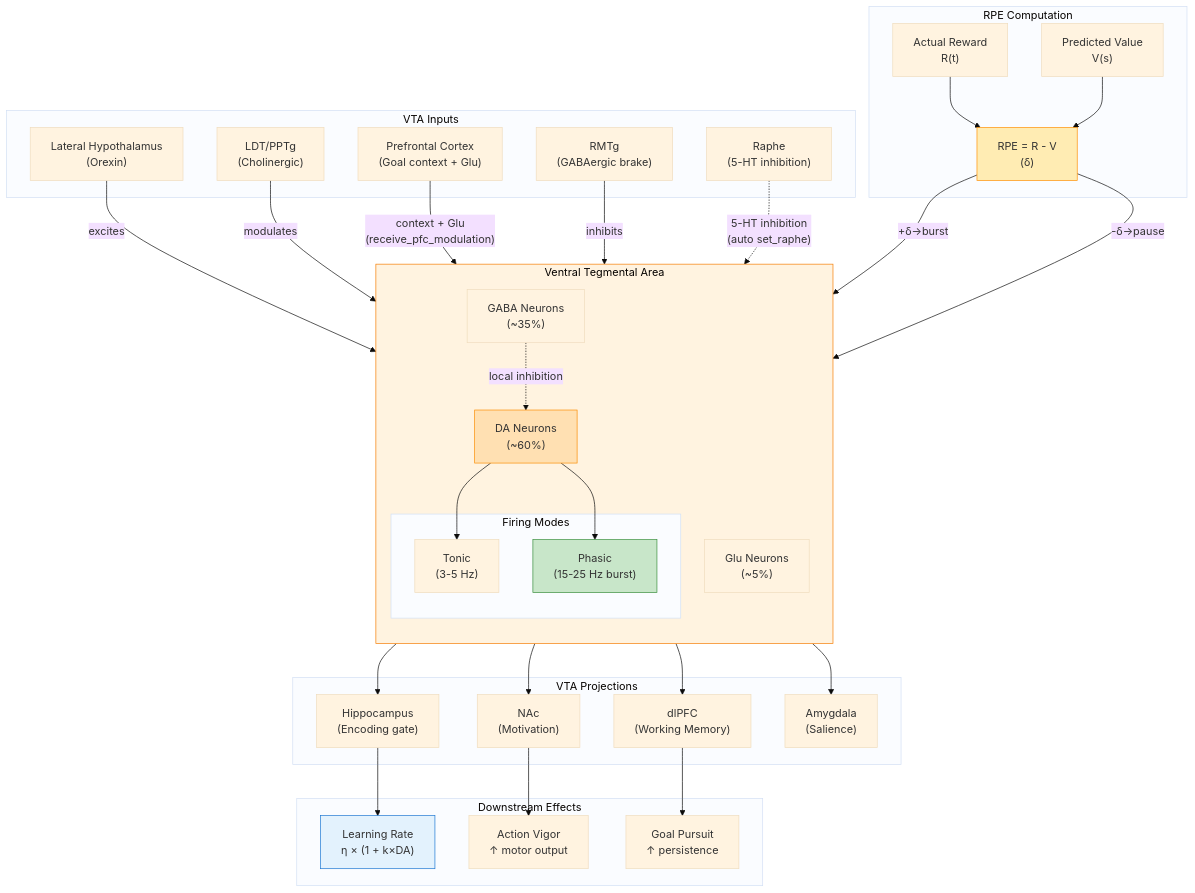
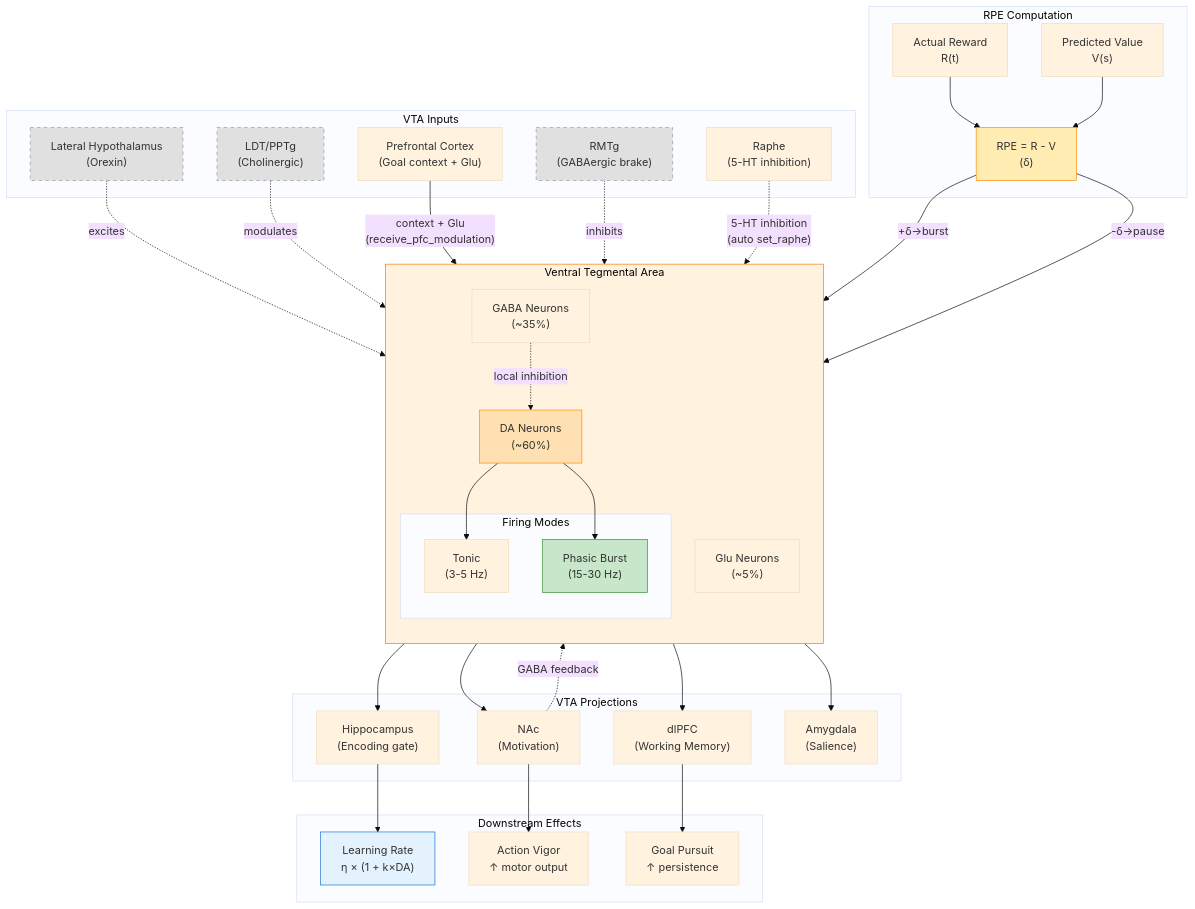
The diagram in docs/diagrams/vta_circuit.mermaid (astoreyai/t4d), drawn with Mermaid before and after one commit. The commit also changed 71 other files, not shown here.

First line of the commit message:
Sync all diagrams to match code reality (42 atomic edits)

```diff
--- a/docs/diagrams/vta_circuit.mermaid
+++ b/docs/diagrams/vta_circuit.mermaid
@@ -1,76 +1,81 @@
 %%{init: {'theme': 'base', 'themeVariables': { 'primaryColor': '#fff3e0'}}}%%
 flowchart TB
     subgraph Inputs["VTA Inputs"]
-        LH["Lateral Hypothalamus<br/>(Orexin)"]
-        LDT["LDT/PPTg<br/>(Cholinergic)"]
+        LH["Lateral Hypothalamus<br/>(Orexin)"]:::planned
+        LDT["LDT/PPTg<br/>(Cholinergic)"]:::planned
         PFC["Prefrontal Cortex<br/>(Goal context + Glu)"]
-        RMTg["RMTg<br/>(GABAergic brake)"]
+        RMTg["RMTg<br/>(GABAergic brake)"]:::planned
         RAPHE_IN["Raphe<br/>(5-HT inhibition)"]
     end
 
     subgraph VTA["Ventral Tegmental Area"]
         direction TB
         DA_NEURON["DA Neurons<br/>(~60%)"]
         GABA_NEURON["GABA Neurons<br/>(~35%)"]
         GLU_NEURON["Glu Neurons<br/>(~5%)"]
 
         subgraph Firing["Firing Modes"]
             TONIC["Tonic<br/>(3-5 Hz)"]
-            PHASIC["Phasic<br/>(15-25 Hz burst)"]
+            PHASIC["Phasic Burst<br/>(15-30 Hz)"]
         end
     end
 
     subgraph Computation["RPE Computation"]
         REWARD["Actual Reward<br/>R(t)"]
         PREDICT["Predicted Value<br/>V(s)"]
         RPE["RPE = R - V<br/>(δ)"]
     end
 
     subgraph Outputs["VTA Projections"]
         NAC["NAc<br/>(Motivation)"]
         DLPFC["dlPFC<br/>(Working Memory)"]
         HPC["Hippocampus<br/>(Encoding gate)"]
         AMY["Amygdala<br/>(Salience)"]
     end
 
     subgraph Effects["Downstream Effects"]
         LR_MOD["Learning Rate<br/>η × (1 + k×DA)"]
         VIGOR["Action Vigor<br/>↑ motor output"]
         GOAL["Goal Pursuit<br/>↑ persistence"]
     end
 
     %% Input connections
-    LH -->|"excites"| DA_NEURON
-    LDT -->|"modulates"| DA_NEURON
+    LH -.->|"excites"| DA_NEURON
+    LDT -.->|"modulates"| DA_NEURON
     PFC -->|"context + Glu<br/>(receive_pfc_modulation)"| DA_NEURON
-    RMTg -->|"inhibits"| DA_NEURON
+    RMTg -.->|"inhibits"| DA_NEURON
     RAPHE_IN -.->|"5-HT inhibition<br/>(auto set_raphe)"| DA_NEURON
 
     %% VTA internal
     DA_NEURON --> TONIC
     DA_NEURON --> PHASIC
     GABA_NEURON -.->|"local inhibition"| DA_NEURON
 
     %% Computation
     REWARD --> RPE
     PREDICT --> RPE
     RPE -->|"+δ→burst"| PHASIC
     RPE -->|"-δ→pause"| TONIC
 
     %% Outputs
     DA_NEURON --> NAC
     DA_NEURON --> DLPFC
     DA_NEURON --> HPC
     DA_NEURON --> AMY
 
+    %% Mesolimbic feedback loop (Watabe-Uchida 2012)
+    NAC -.->|"GABA feedback"| GABA_NEURON
+
     %% Effects
     NAC --> VIGOR
     DLPFC --> GOAL
     HPC --> LR_MOD
 
     %% Styling
+    classDef planned fill:#e0e0e0,stroke:#999,stroke-dasharray: 5 5
+
     style VTA fill:#fff3e0,stroke:#f57c00
     style RPE fill:#ffecb3,stroke:#ff8f00
     style DA_NEURON fill:#ffe0b2,stroke:#fb8c00
     style PHASIC fill:#c8e6c9,stroke:#388e3c
     style LR_MOD fill:#e3f2fd,stroke:#1976d2
```
